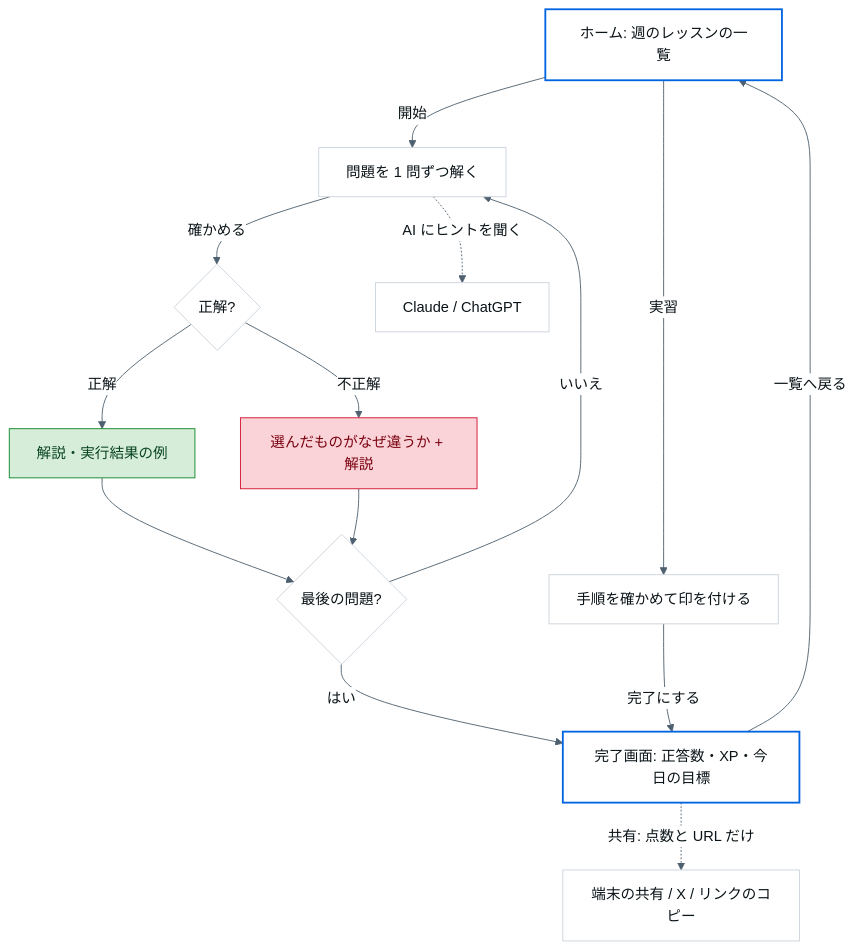
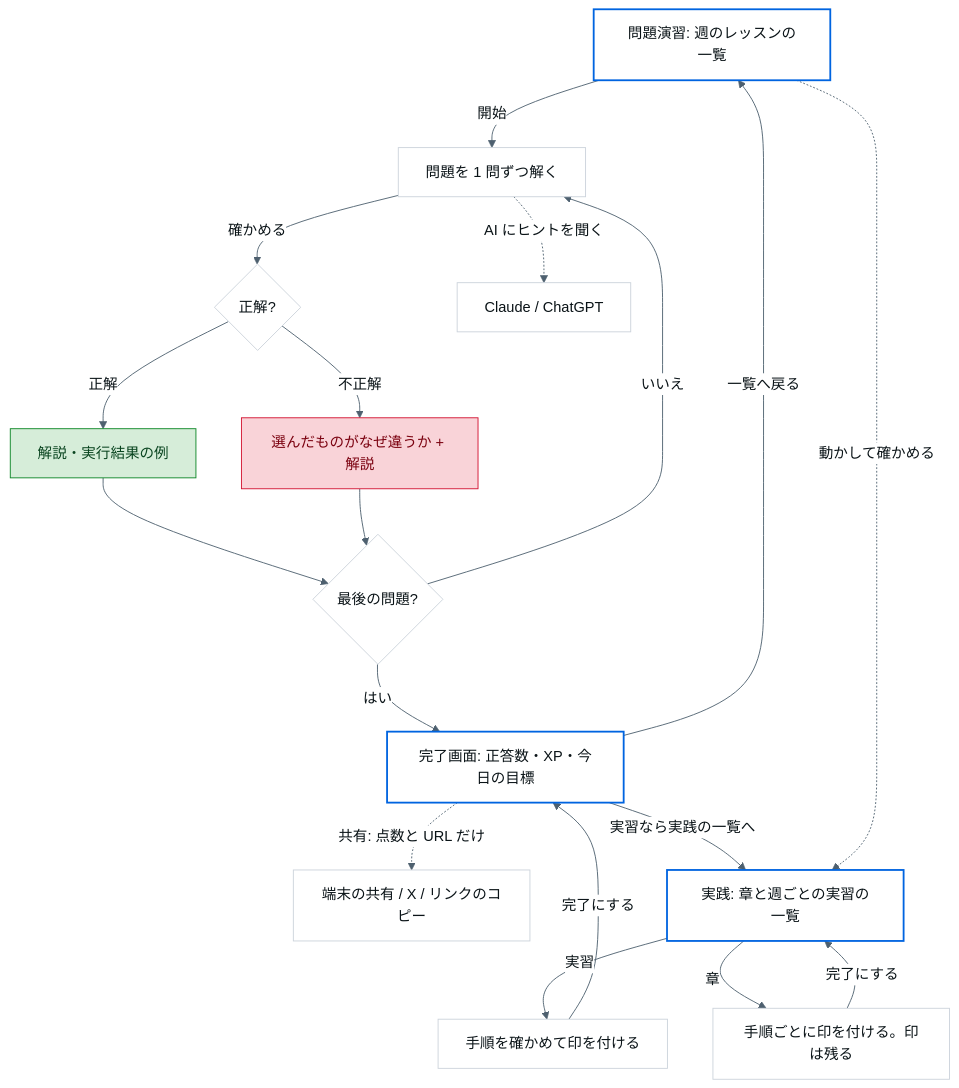
Before and after one commit to maco165/kcna-dojo: the second of 2 diagrams in docs/design.md, drawn with Mermaid. The commit also changed other lines of this file and 1 other file, not shown here.

````diff
--- a/docs/design.md
+++ b/docs/design.md
@@ -37,22 +37,25 @@
 ```mermaid
 %%{init: {'theme': 'base', 'themeVariables': {'fontFamily': '-apple-system, Segoe UI, Roboto, sans-serif', 'primaryColor': '#FFFFFF', 'primaryTextColor': '#0A1317', 'primaryBorderColor': '#CCD3DB', 'lineColor': '#4E606F', 'tertiaryColor': '#F1F4F7'}}}%%
 flowchart TD
-  home[ホーム: 週のレッスンの一覧] -->|開始| q[問題を 1 問ずつ解く]
+  home[問題演習: 週のレッスンの一覧] -->|開始| q[問題を 1 問ずつ解く]
   q -->|確かめる| fb{正解?}
   fb -->|正解| ok[解説・実行結果の例]
   fb -->|不正解| ng[選んだものがなぜ違うか + 解説]
   ok --> next{最後の問題?}
   ng --> next
   next -->|いいえ| q
   next -->|はい| done[完了画面: 正答数・XP・今日の目標]
   done -.->|共有: 点数と URL だけ| share[端末の共有 / X / リンクのコピー]
   done -->|一覧へ戻る| home
-  home -->|実習| lab[手順を確かめて印を付ける] -->|完了にする| done
+  hands[実践: 章と週ごとの実習の一覧] -->|実習| lab[手順を確かめて印を付ける] -->|完了にする| done
+  done -->|実習なら実践の一覧へ| hands
+  home -.->|動かして確かめる| hands
+  hands -->|章| chapter[手順ごとに印を付ける。印は残る] -->|完了にする| hands
   q -.->|AI にヒントを聞く| ai[Claude / ChatGPT]
   classDef success fill:#D6EDD9,stroke:#0D8626,color:#09441F;
   classDef error fill:#F9D3D8,stroke:#D31130,color:#7B0210;
   classDef accent stroke:#0064E0,stroke-width:2px;
   class ok success;
   class ng error;
-  class home,done accent;
+  class home,hands,done accent;
 ```
````
